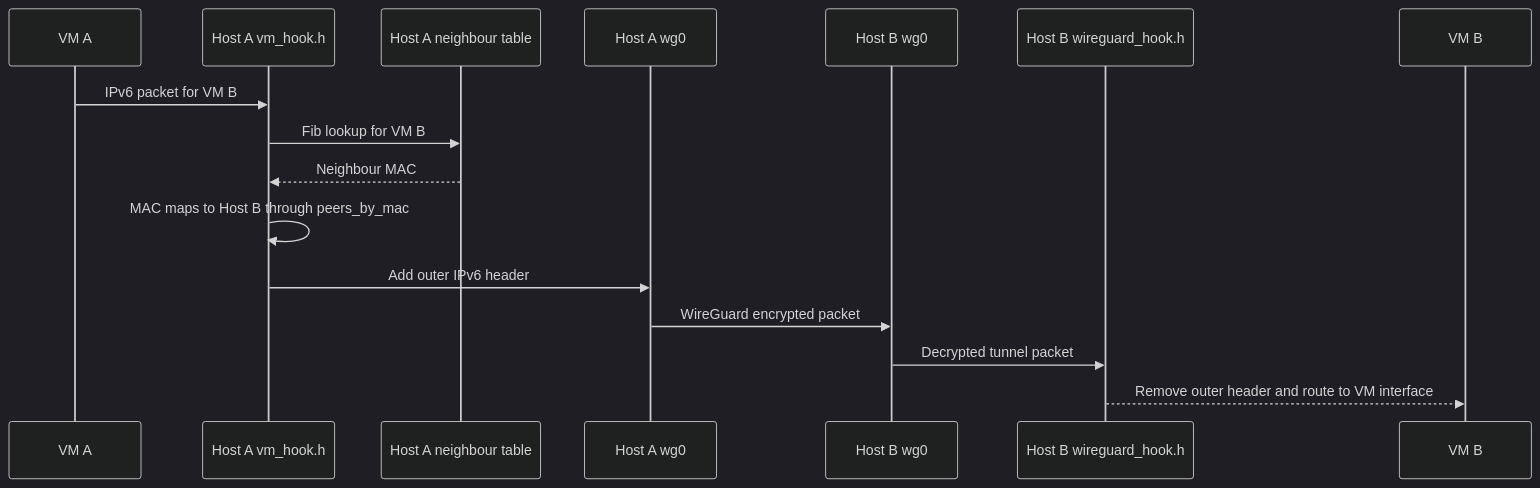
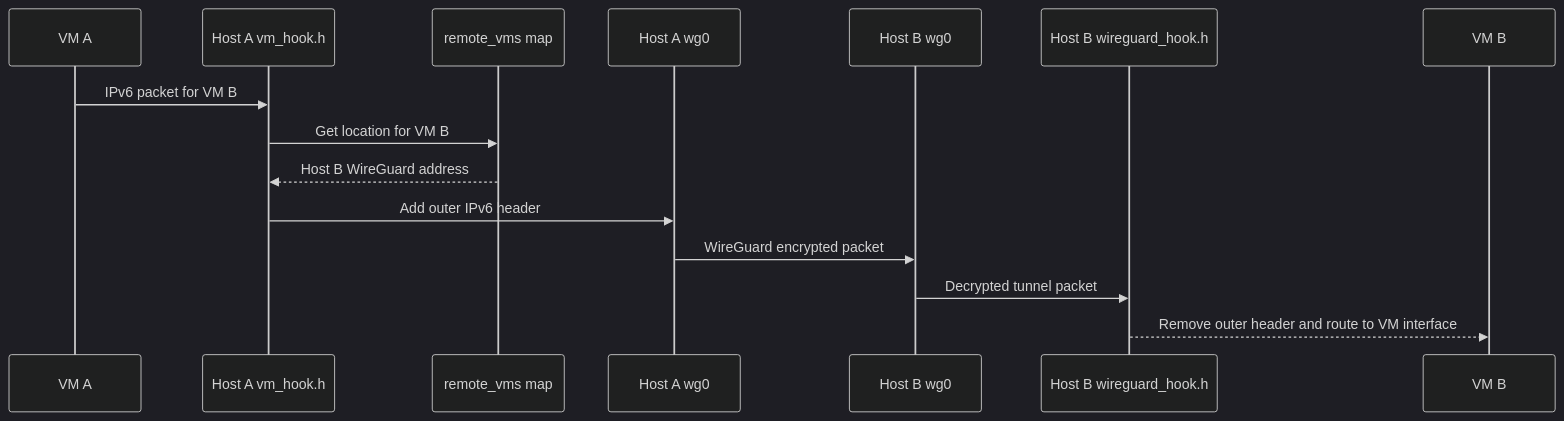
Before and after one commit to 20vikash/atlas: the fourth of 5 diagrams in services/wg-mesh/docs/design.md, drawn with Mermaid (dark theme). The commit also changed other lines of this file and 24 other files, not shown here.

````diff
--- a/services/wg-mesh/docs/design.md
+++ b/services/wg-mesh/docs/design.md
@@ -164,19 +165,18 @@
 ```mermaid
 sequenceDiagram
     participant A as VM A
     participant HA as Host A vm_hook.h
-    participant N as Host A neighbour table
+    participant R as remote_vms map
     participant WGA as Host A wg0
     participant WGB as Host B wg0
     participant HB as Host B wireguard_hook.h
     participant B as VM B
 
     A->>HA: IPv6 packet for VM B
-    HA->>N: Fib lookup for VM B
-    N-->>HA: Neighbour MAC
-    HA->>HA: MAC maps to Host B through peers_by_mac
+    HA->>R: Get location for VM B
+    R-->>HA: Host B WireGuard address
     HA->>WGA: Add outer IPv6 header
     WGA->>WGB: WireGuard encrypted packet
     WGB->>HB: Decrypted tunnel packet
     HB-->>B: Remove outer header and route to VM interface
 ```
````
